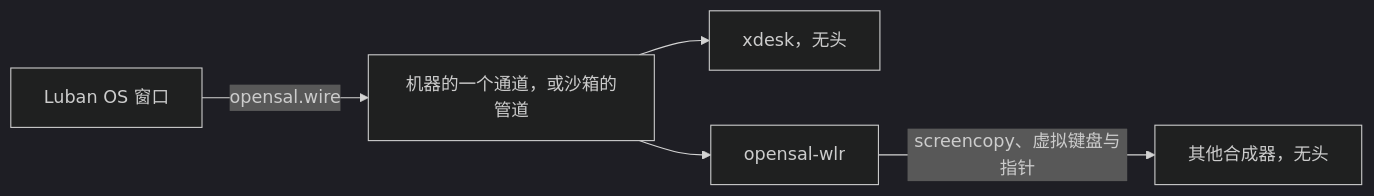
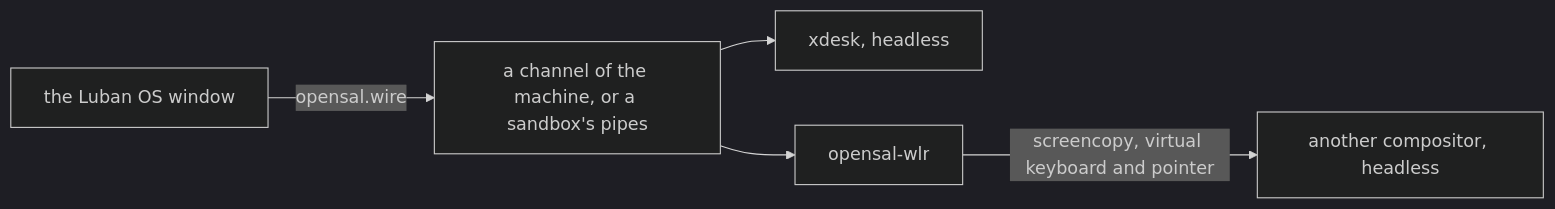
The diagram in docs/zh/luban/08-desktop.md (openxlings/xlings), drawn with Mermaid (dark theme) before and after one commit. The commit also changed 1 other file, not shown here.

Commit message:
fix(lint, docs): the layer lint fails what it reports (its family check ran after the verdict) and lets the desktop families import their C libraries' modules; the desktop page's diagram is the same in both languages

````diff
--- a/docs/zh/luban/08-desktop.md
+++ b/docs/zh/luban/08-desktop.md
@@ -142,6 +142,6 @@
 ```mermaid
 graph LR
-    W[Luban OS 窗口] -- opensal.wire --> C[机器的一个通道，或沙箱的管道]
-    C --> X[xdesk，无头]
-    C --> B[opensal-wlr] -- screencopy、虚拟键盘与指针 --> D[其他合成器，无头]
+    W[the Luban OS window] -- opensal.wire --> C[a channel of the machine, or a sandbox's pipes]
+    C --> X[xdesk, headless]
+    C --> B[opensal-wlr] -- screencopy, virtual keyboard and pointer --> D[another compositor, headless]
 ```
````
